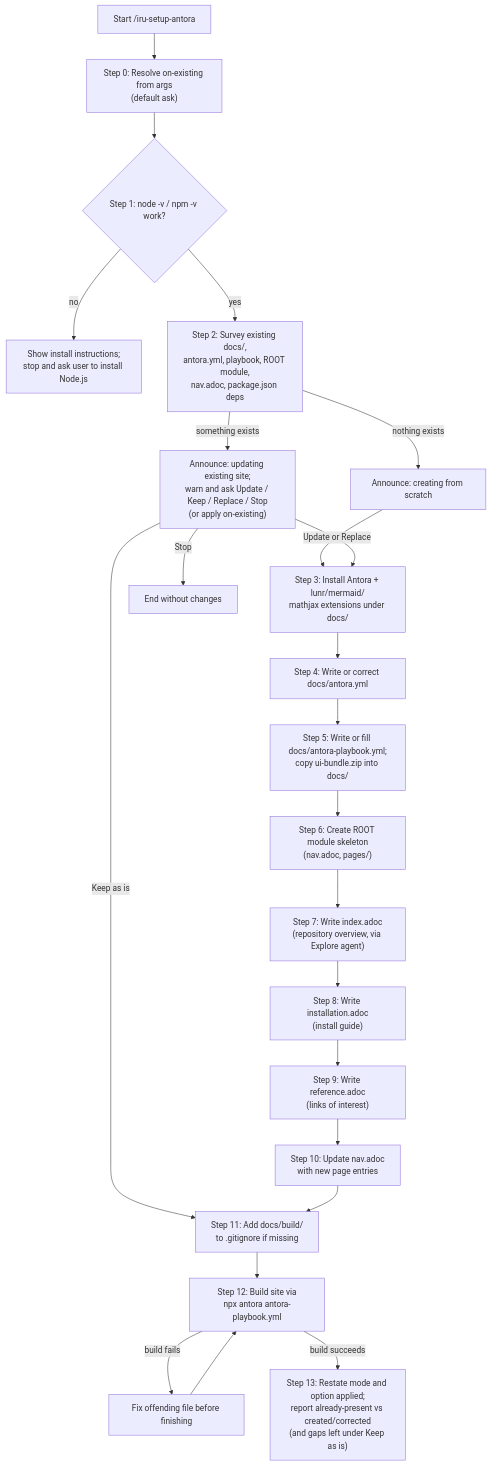
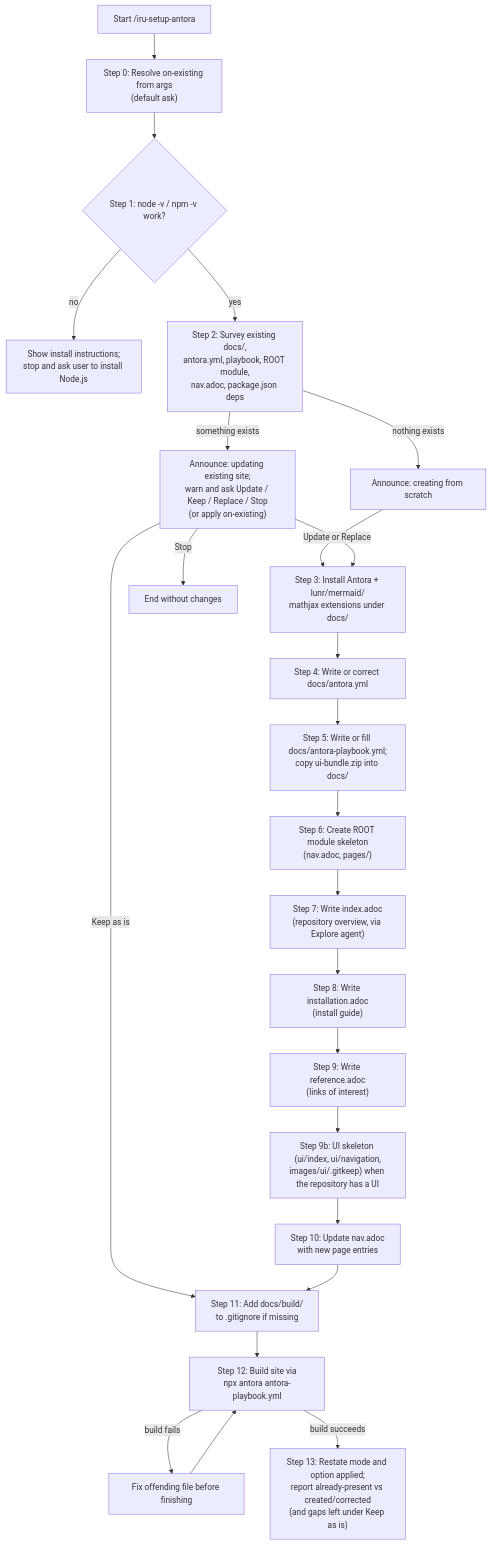
One commit to albertoirurueta/ai-catalog changed the diagram in docs/modules/ROOT/pages/skills/iru-setup-antora.adoc. Above: the diagram before and after it, drawn with Mermaid. The commit also changed other lines of this file and 325 other files, not shown here.

```diff
--- a/docs/modules/ROOT/pages/skills/iru-setup-antora.adoc
+++ b/docs/modules/ROOT/pages/skills/iru-setup-antora.adoc
@@ -85,26 +92,27 @@
 [mermaid]
 ....
 flowchart TD
     A[Start /iru-setup-antora] --> A0["Step 0: Resolve on-existing from args\n(default ask)"]
     A0 --> B{"Step 1: node -v / npm -v work?"}
     B -- no --> C["Show install instructions;\nstop and ask user to install Node.js"]
     B -- yes --> D["Step 2: Survey existing docs/,\nantora.yml, playbook, ROOT module,\nnav.adoc, package.json deps"]
     D -- nothing exists --> D1["Announce: creating from scratch"]
     D1 --> E
     D -- something exists --> D2["Announce: updating existing site;\nwarn and ask Update / Keep / Replace / Stop\n(or apply on-existing)"]
     D2 -- Stop --> Z["End without changes"]
     D2 -- Keep as is --> M
     D2 -- Update or Replace --> E["Step 3: Install Antora + lunr/mermaid/\nmathjax extensions under docs/"]
     E --> F["Step 4: Write or correct docs/antora.yml"]
     F --> G["Step 5: Write or fill docs/antora-playbook.yml;\ncopy ui-bundle.zip into docs/"]
     G --> H["Step 6: Create ROOT module skeleton\n(nav.adoc, pages/)"]
     H --> I["Step 7: Write index.adoc\n(repository overview, via Explore agent)"]
     I --> J["Step 8: Write installation.adoc\n(install guide)"]
     J --> K["Step 9: Write reference.adoc\n(links of interest)"]
-    K --> L["Step 10: Update nav.adoc\nwith new page entries"]
+    K --> K2["Step 9b: UI skeleton (ui/index, ui/navigation,\nimages/ui/.gitkeep) when the repository has a UI"]
+    K2 --> L["Step 10: Update nav.adoc\nwith new page entries"]
     L --> M["Step 11: Add docs/build/\nto .gitignore if missing"]
     M --> N["Step 12: Build site via\nnpx antora antora-playbook.yml"]
     N -- build fails --> O[Fix offending file before finishing]
     O --> N
     N -- build succeeds --> P["Step 13: Restate mode and option applied;\nreport already-present vs created/corrected\n(and gaps left under Keep as is)"]
 ....
```
